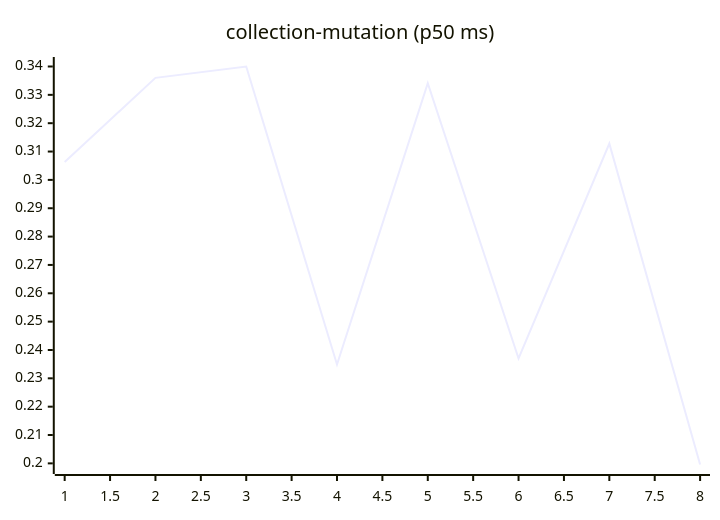
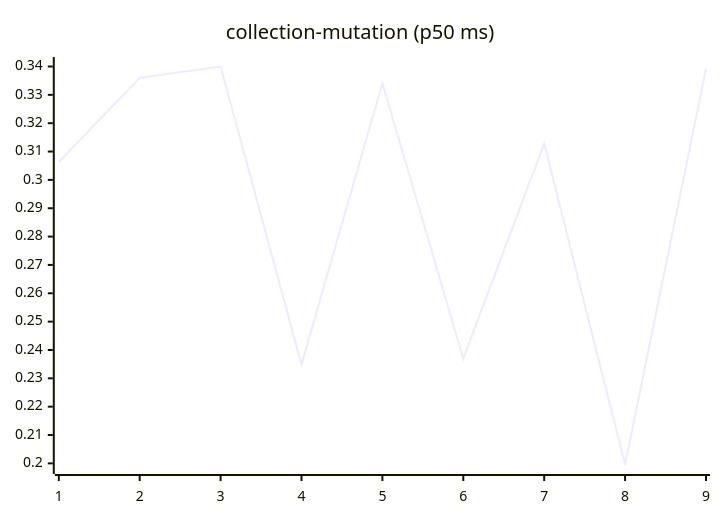
The sixth of 27 diagrams in README.md (josha/Facet), drawn with Mermaid before and after one commit. The commit also changed other lines of this file and 2 other files, not shown here.

````diff
--- a/README.md
+++ b/README.md
@@ -98,6 +98,6 @@
 ```mermaid
 xychart-beta
     title "collection-mutation (p50 ms)"
-    x-axis 1 --> 8
-    line [0.3063, 0.3360, 0.3400, 0.2349, 0.3341, 0.2370, 0.3128, 0.1996]
+    x-axis 1 --> 9
+    line [0.3063, 0.3360, 0.3400, 0.2349, 0.3341, 0.2370, 0.3128, 0.1996, 0.3392]
 ```
````
